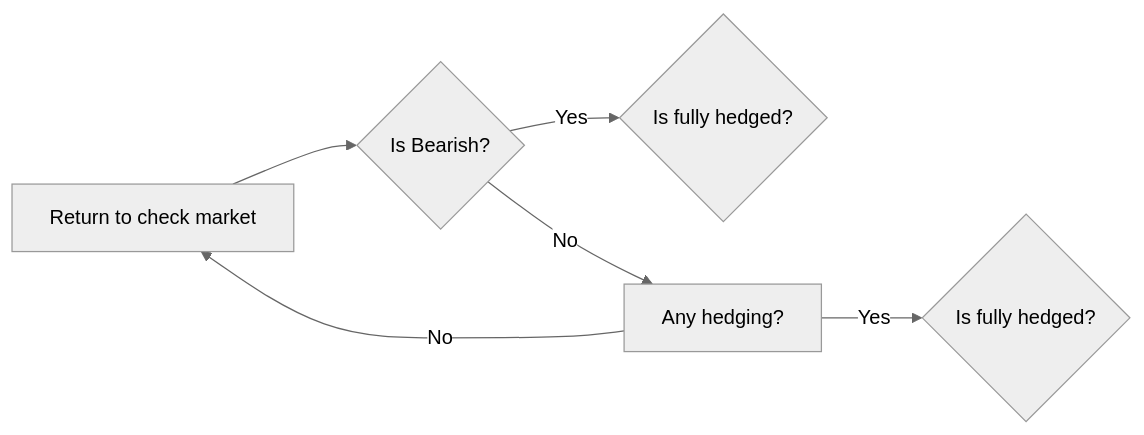
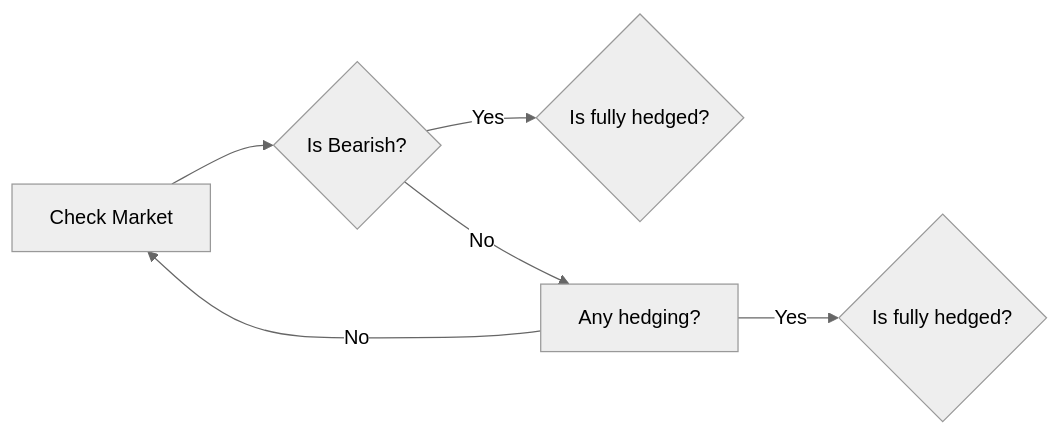
One commit to venoajie/MyApp changed the first of 2 diagrams in strategy_analysis.md. Above: the diagram before and after it, drawn with Mermaid (neutral theme).

````diff
--- a/strategy_analysis.md
+++ b/strategy_analysis.md
@@ -14,9 +14,9 @@
 ```mermaid
 flowchart LR
 
 A[Check Market] --> B{Is Bearish?}
 B -->|Yes| C{Is fully hedged?}
 B -->|No| D[Any hedging?]
 D -->|Yes| E{Is fully hedged?}
-D -->|No| A[Return to check market]
+D -->|No| A[Check Market]
 ```
````
